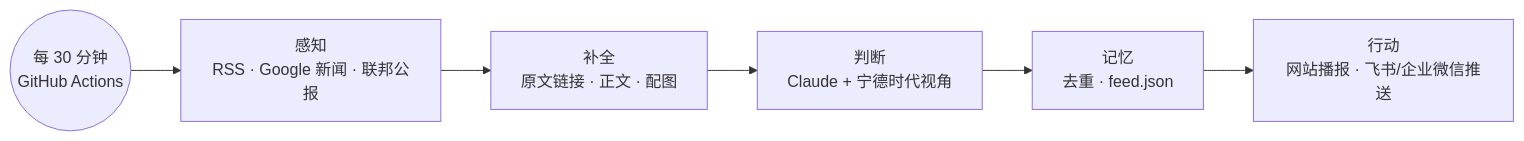
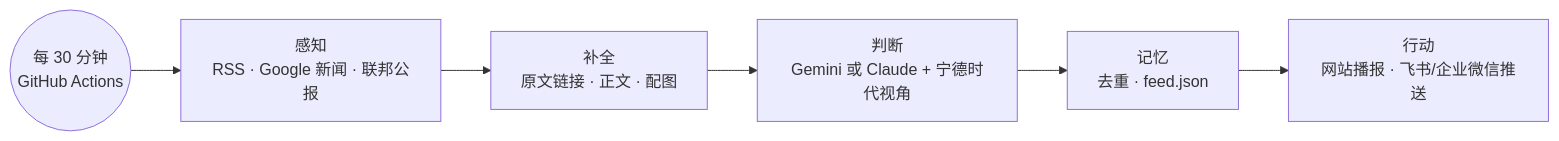
The diagram in README.md (Kkzou/ninghao), drawn with Mermaid before and after one commit. The commit also changed other lines of this file and 13 other files, not shown here.

First line of the commit message:
判断层支持 Gemini 免费额度，默认改用 Gemini，可切回 Claude

````diff
--- a/README.md
+++ b/README.md
@@ -30,8 +30,8 @@
 ```mermaid
 flowchart LR
   A[感知<br/>RSS · Google 新闻 · 联邦公报] --> B[补全<br/>原文链接 · 正文 · 配图]
-  B --> C[判断<br/>Claude + 宁德时代视角]
+  B --> C[判断<br/>Gemini 或 Claude + 宁德时代视角]
   C --> D[记忆<br/>去重 · feed.json]
   D --> E[行动<br/>网站播报 · 飞书/企业微信推送]
   T((每 30 分钟<br/>GitHub Actions)) --> A
 ```
````
